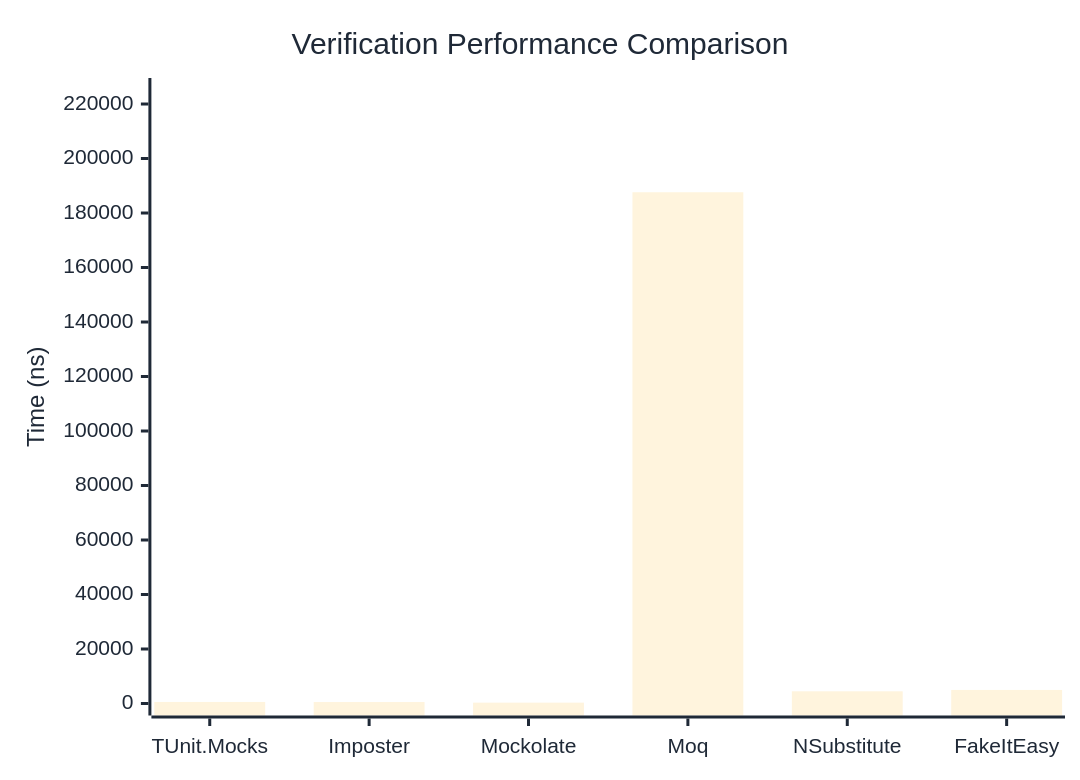
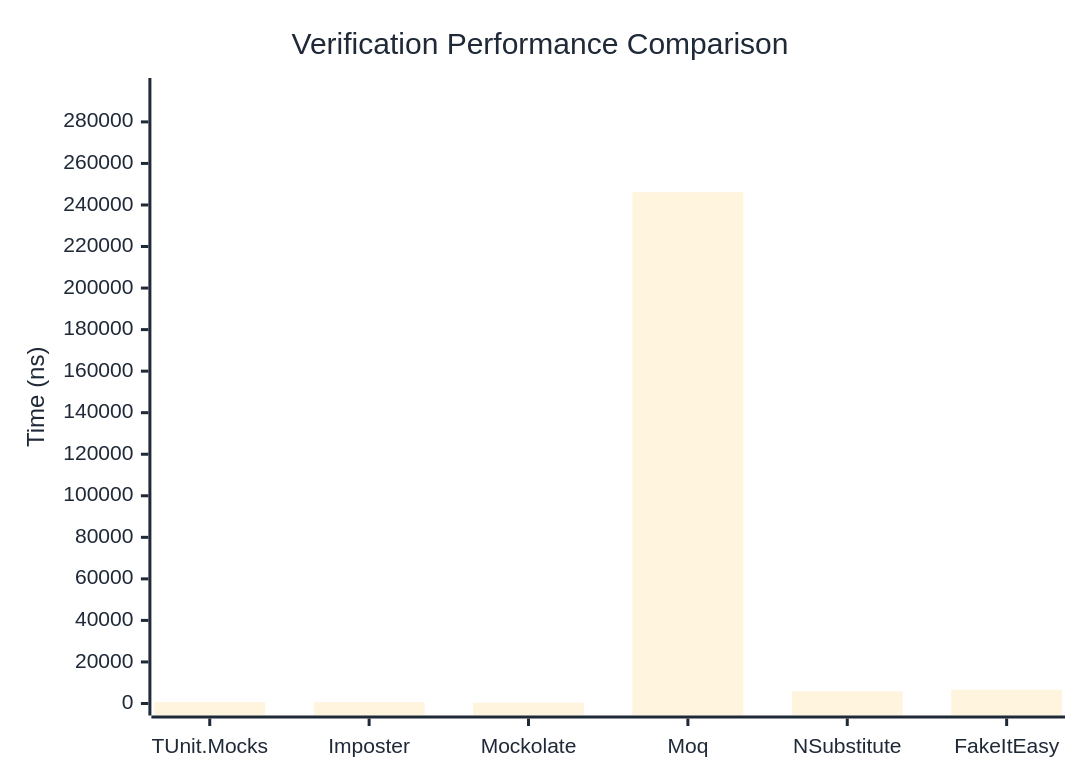
One commit to thomhurst/TUnit changed the first of 3 diagrams in docs/docs/benchmarks/mocks/Verification.md. Above: the diagram before and after it, drawn with Mermaid. The commit also changed other lines of this file and 14 other files, not shown here.

````diff
--- a/docs/docs/benchmarks/mocks/Verification.md
+++ b/docs/docs/benchmarks/mocks/Verification.md
@@ -30,27 +30,27 @@
 ```mermaid
 %%{init: {
   'theme':'base',
   'themeVariables': {
     'primaryColor': '#2563eb',
     'primaryTextColor': '#1f2937',
     'primaryBorderColor': '#1e40af',
     'lineColor': '#6b7280',
     'secondaryColor': '#7c3aed',
     'tertiaryColor': '#dc2626',
     'background': '#ffffff',
     'pie1': '#2563eb',
     'pie2': '#7c3aed',
     'pie3': '#dc2626',
     'pie4': '#f59e0b',
     'pie5': '#10b981',
     'pie6': '#06b6d4',
     'pie7': '#ec4899',
     'pie8': '#6366f1'
   }
 }}%%
 xychart-beta
   title "Verification Performance Comparison"
   x-axis ["TUnit.Mocks", "Imposter", "Mockolate", "Moq", "NSubstitute", "FakeItEasy"]
-  y-axis "Time (ns)" 0 --> 225143
-  bar [569.51, 534.1, 313.64, 187618.43, 4474.16, 4977.21]
+  y-axis "Time (ns)" 0 --> 295351
+  bar [755.5, 706.63, 398.91, 246125.5, 5905.26, 6603.7]
 ```
````
